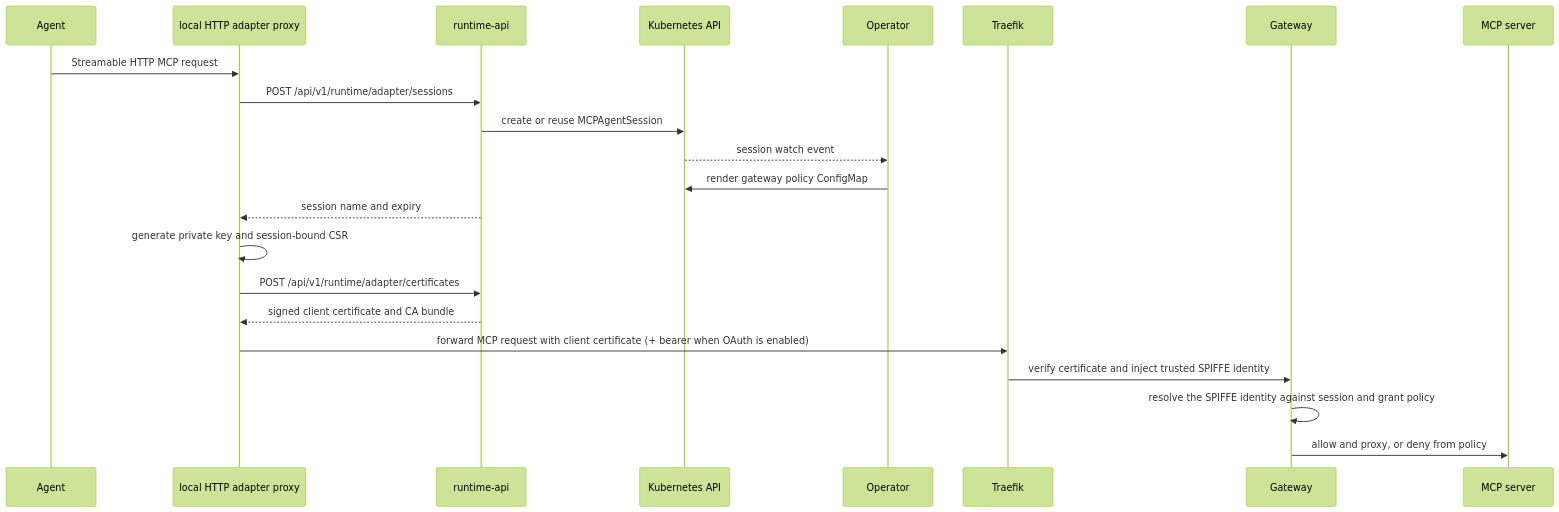
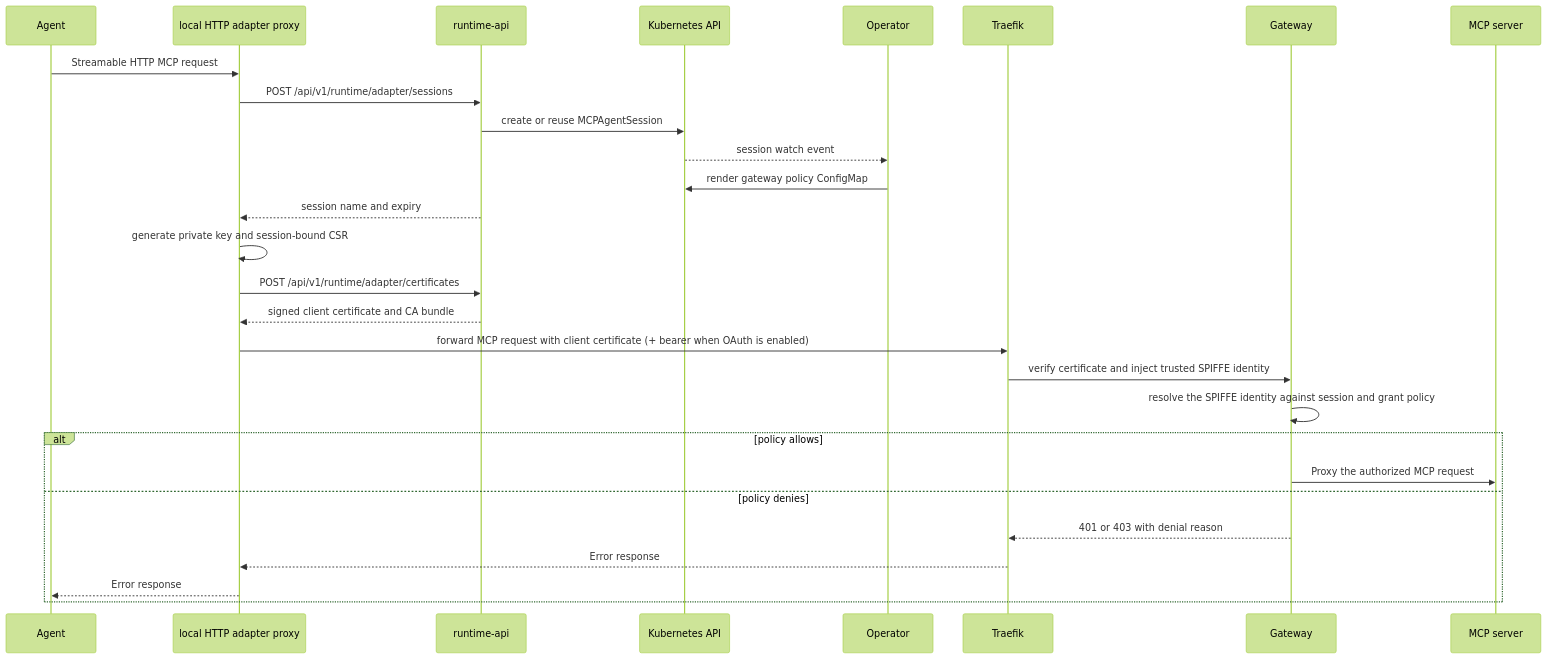
The fourth of 9 diagrams in docs/internals/request-flows.md (mcp-runtime/mcp-runtime), drawn with Mermaid (forest theme) before and after one commit. The commit also changed other lines of this file and 59 other files, not shown here.

````diff
--- a/docs/internals/request-flows.md
+++ b/docs/internals/request-flows.md
@@ -125,25 +126,31 @@
 ```mermaid
 sequenceDiagram
     participant Agent
     participant Adapter as local HTTP adapter proxy
     participant API as runtime-api
     participant K8s as Kubernetes API
     participant Operator
     participant Traefik
     participant Gateway
     participant Server as MCP server
 
     Agent->>Adapter: Streamable HTTP MCP request
     Adapter->>API: POST /api/v1/runtime/adapter/sessions
     API->>K8s: create or reuse MCPAgentSession
     K8s-->>Operator: session watch event
     Operator->>K8s: render gateway policy ConfigMap
     API-->>Adapter: session name and expiry
     Adapter->>Adapter: generate private key and session-bound CSR
     Adapter->>API: POST /api/v1/runtime/adapter/certificates
     API-->>Adapter: signed client certificate and CA bundle
     Adapter->>Traefik: forward MCP request with client certificate (+ bearer when OAuth is enabled)
     Traefik->>Gateway: verify certificate and inject trusted SPIFFE identity
     Gateway->>Gateway: resolve the SPIFFE identity against session and grant policy
-    Gateway->>Server: allow and proxy, or deny from policy
+    alt policy allows
+        Gateway->>Server: Proxy the authorized MCP request
+    else policy denies
+        Gateway-->>Traefik: 401 or 403 with denial reason
+        Traefik-->>Adapter: Error response
+        Adapter-->>Agent: Error response
+    end
 ```
````
